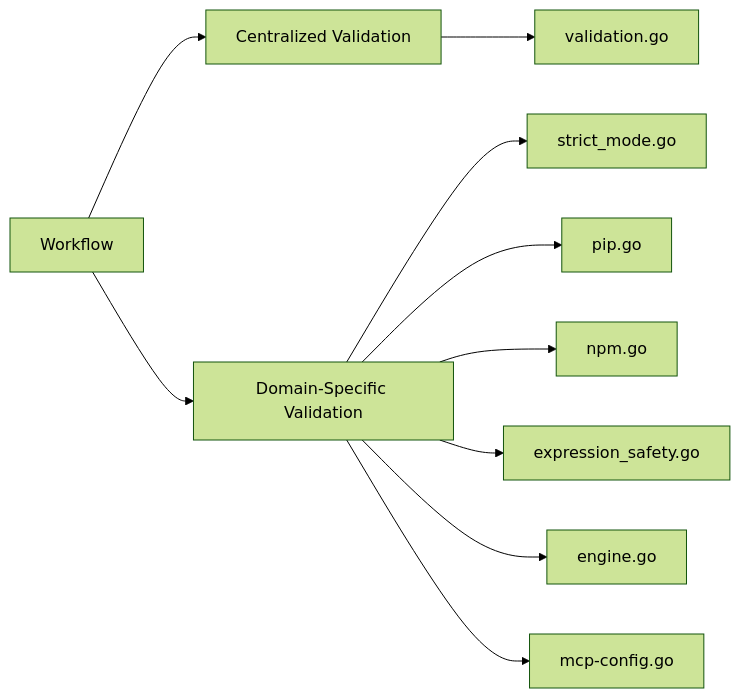
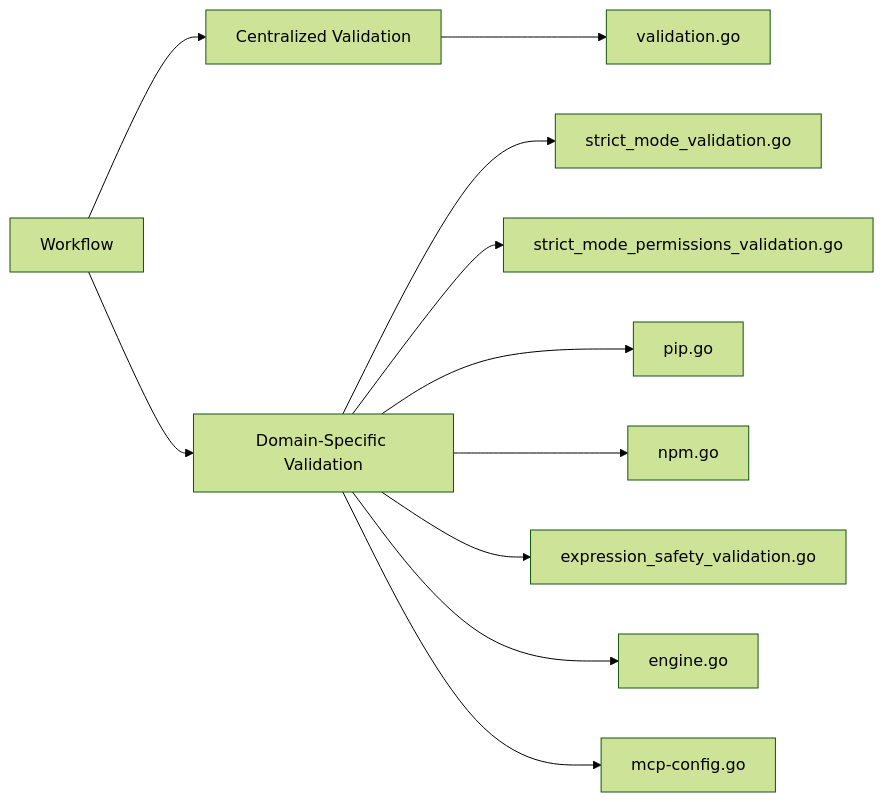
The first of 6 diagrams in mirrors/repos/github@gh-aw/.github/skills/developer-internals/SKILL.md (gabrielmoreira/agent-skills-mirror), drawn with Mermaid (forest theme) before and after one commit. The commit also changed other lines of this file and 3411 other files, not shown here.

````diff
--- a/mirrors/repos/github@gh-aw/.github/skills/developer-internals/SKILL.md
+++ b/mirrors/repos/github@gh-aw/.github/skills/developer-internals/SKILL.md
@@ -25,12 +25,13 @@
 ```mermaid
 graph LR
     WF[Workflow] --> CV[Centralized Validation]
     WF --> DV[Domain-Specific Validation]
     CV --> validation.go
-    DV --> strict_mode.go
+    DV --> strict_mode_validation.go
+    DV --> strict_mode_permissions_validation.go
     DV --> pip.go
     DV --> npm.go
-    DV --> expression_safety.go
+    DV --> expression_safety_validation.go
     DV --> engine.go
     DV --> mcp-config.go
 ```
````
